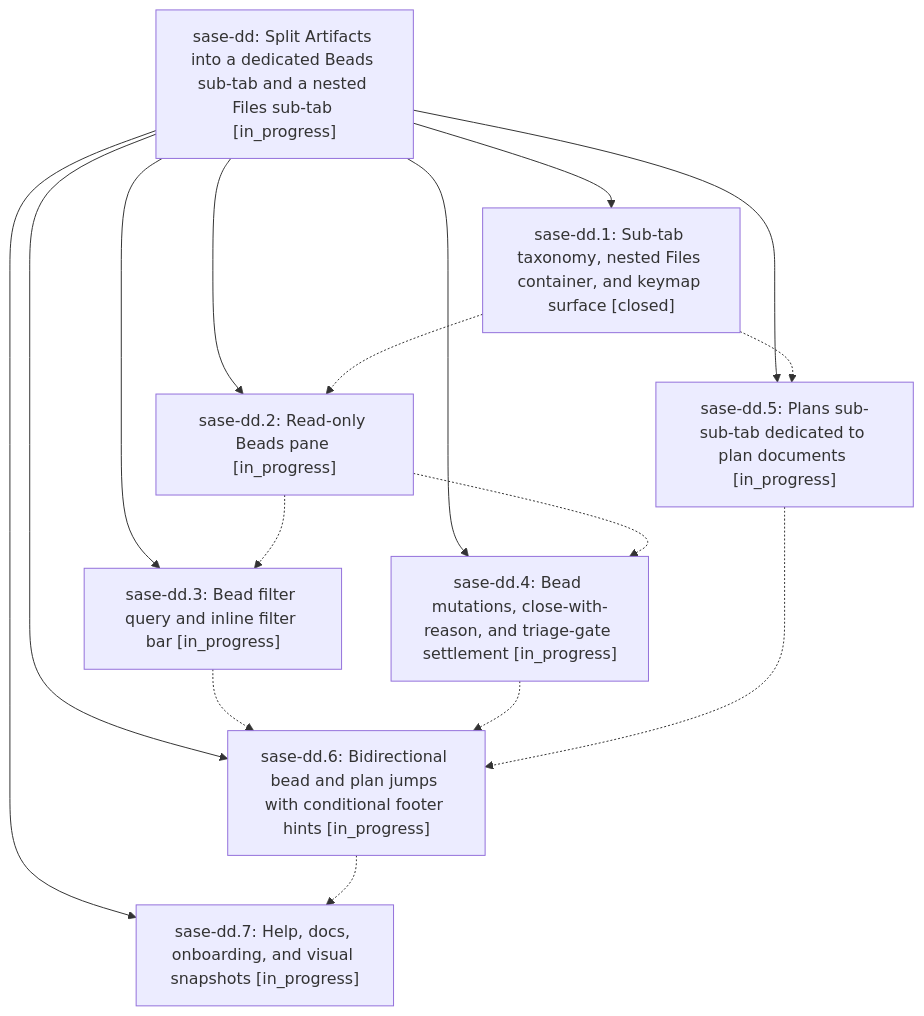
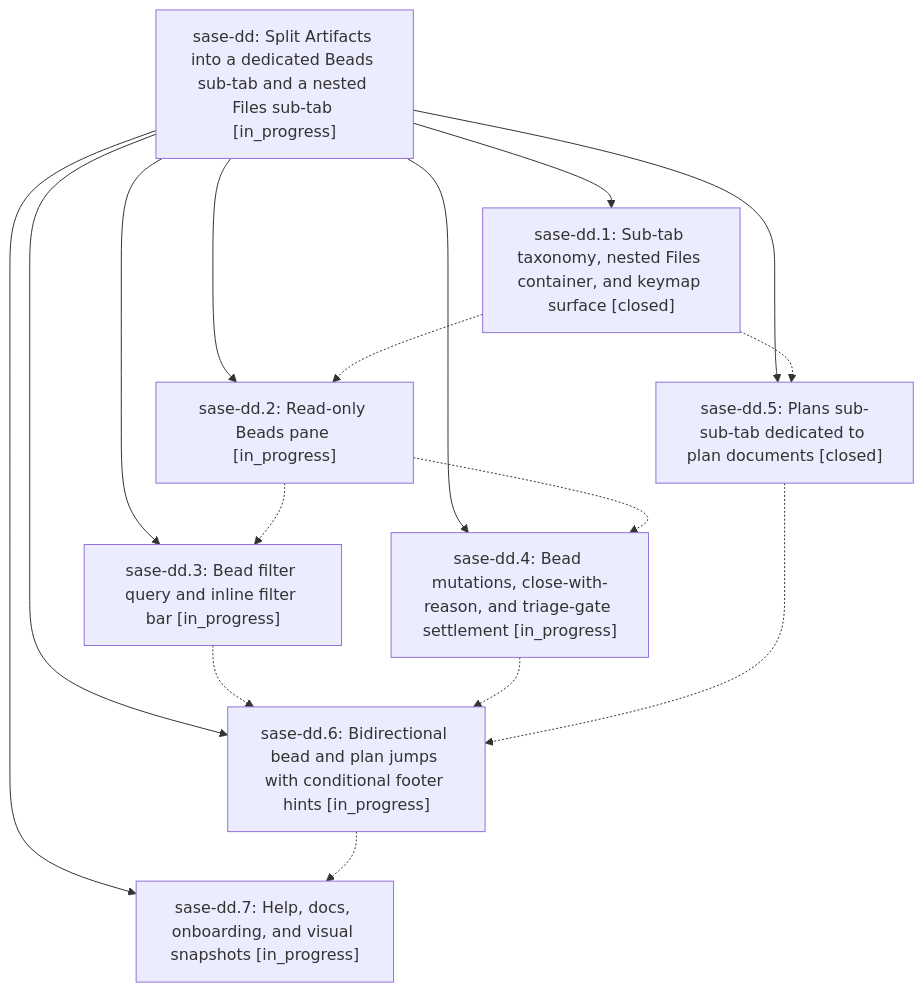
Before and after one commit to sase-org/sase--beads: the diagram in pages/sase-dd/README.md, drawn with Mermaid. The commit also changed other lines of this file and 4 other files, not shown here.

````diff
--- a/pages/sase-dd/README.md
+++ b/pages/sase-dd/README.md
@@ -28,26 +28,26 @@
 ```mermaid
 flowchart TD
     n0["sase-dd: Split Artifacts into a dedicated Beads sub-tab and a nested Files sub-tab [in_progress]"]
     n1["sase-dd.1: Sub-tab taxonomy, nested Files container, and keymap surface [closed]"]
     n2["sase-dd.2: Read-only Beads pane [in_progress]"]
     n3["sase-dd.3: Bead filter query and inline filter bar [in_progress]"]
     n4["sase-dd.4: Bead mutations, close-with-reason, and triage-gate settlement [in_progress]"]
-    n5["sase-dd.5: Plans sub-sub-tab dedicated to plan documents [in_progress]"]
+    n5["sase-dd.5: Plans sub-sub-tab dedicated to plan documents [closed]"]
     n6["sase-dd.6: Bidirectional bead and plan jumps with conditional footer hints [in_progress]"]
     n7["sase-dd.7: Help, docs, onboarding, and visual snapshots [in_progress]"]
     n0 --> n1
     n0 --> n2
     n0 --> n3
     n0 --> n4
     n0 --> n5
     n0 --> n6
     n0 --> n7
     n1 -.-> n2
     n1 -.-> n5
     n2 -.-> n3
     n2 -.-> n4
     n3 -.-> n6
     n4 -.-> n6
     n5 -.-> n6
     n6 -.-> n7
 ```
````
